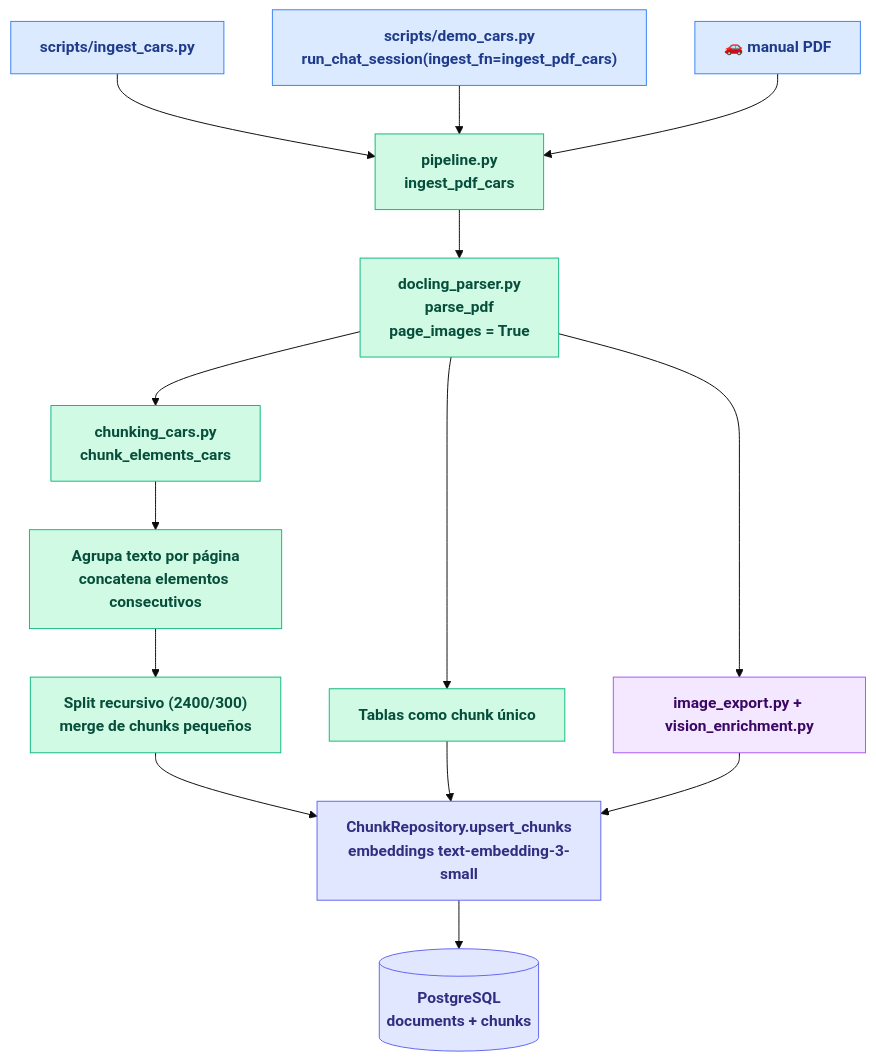
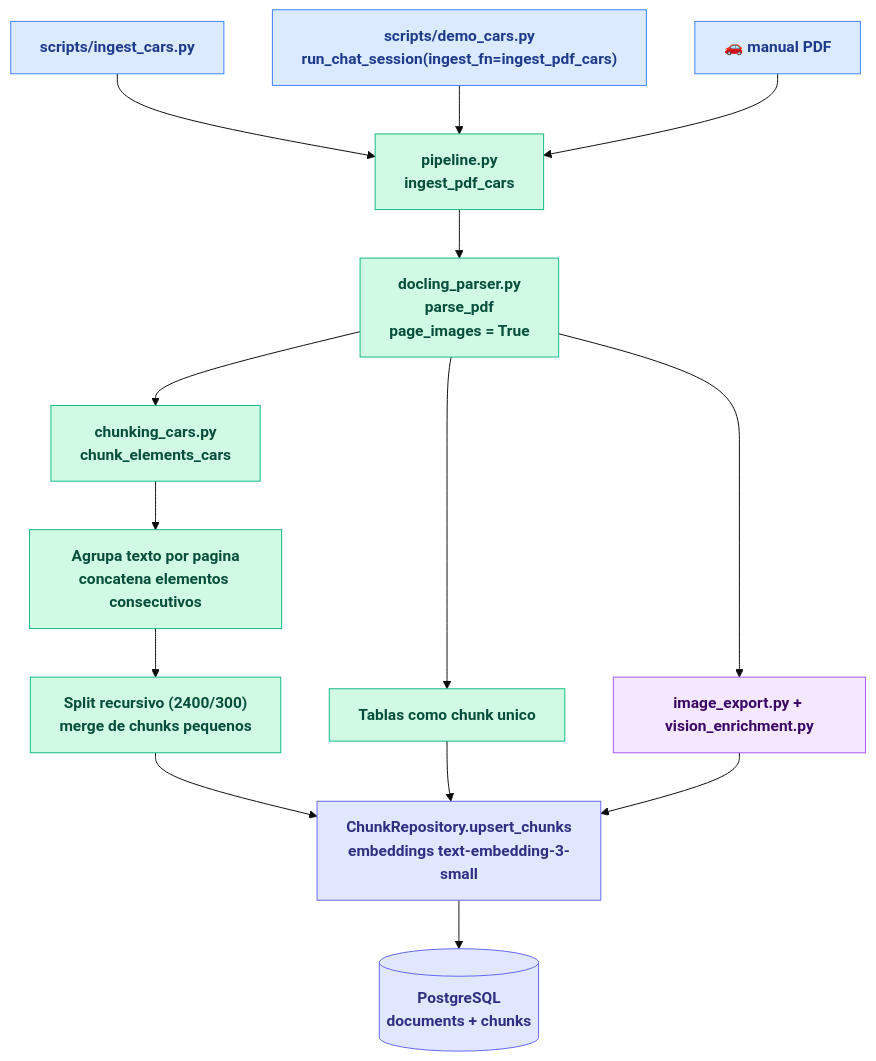
Before and after one commit to lambdaloopers/papers-and-car-manuals-rag: the third of 9 diagrams in ARCHITECTURE.md, drawn with Mermaid. The commit also changed other lines of this file and 2 other files, not shown here.

Commit message:
Refactor architecture documentation for clarity and consistency. Update section titles to English and enhance descriptions of ingestion and retrieval processes. Remove outdated groundedness evaluation documentation as it is no longer needed.

````diff
--- a/ARCHITECTURE.md
+++ b/ARCHITECTURE.md
@@ -138,25 +122,25 @@
 ```mermaid
 %%{init: {'theme': 'base', 'securityLevel': 'loose', 'flowchart': {'htmlLabels': true}}}%%
 flowchart TD
     classDef io      fill:#DBEAFE,stroke:#3B82F6,color:#1E3A8A,font-weight:bold
     classDef ingest  fill:#D1FAE5,stroke:#10B981,color:#064E3B,font-weight:bold
     classDef vision  fill:#F3E8FF,stroke:#A855F7,color:#3B0764,font-weight:bold
     classDef storage fill:#E0E7FF,stroke:#6366F1,color:#312E81,font-weight:bold
 
     ENTRY_A["scripts/ingest_cars.py"]:::io --> PIPE["pipeline.py<br/>ingest_pdf_cars"]:::ingest
     ENTRY_B["scripts/demo_cars.py<br/>run_chat_session(ingest_fn=ingest_pdf_cars)"]:::io --> PIPE
     PDF["🚗 manual PDF"]:::io --> PIPE
 
     PIPE --> PARSER["docling_parser.py<br/>parse_pdf<br/>page_images = True"]:::ingest
     PARSER --> CARS_CHUNK["chunking_cars.py<br/>chunk_elements_cars"]:::ingest
 
-    CARS_CHUNK --> GROUP["Agrupa texto por página<br/>concatena elementos consecutivos"]:::ingest
-    GROUP --> SPLIT["Split recursivo (2400/300)<br/>merge de chunks pequeños"]:::ingest
-    PARSER --> TABLES["Tablas como chunk único"]:::ingest
+    CARS_CHUNK --> GROUP["Agrupa texto por pagina<br/>concatena elementos consecutivos"]:::ingest
+    GROUP --> SPLIT["Split recursivo (2400/300)<br/>merge de chunks pequenos"]:::ingest
+    PARSER --> TABLES["Tablas como chunk unico"]:::ingest
 
     SPLIT --> REPO["ChunkRepository.upsert_chunks<br/>embeddings text-embedding-3-small"]:::storage
     TABLES --> REPO
     PARSER --> EXPORT["image_export.py + vision_enrichment.py"]:::vision
     EXPORT --> REPO
     REPO --> DB[("PostgreSQL<br/>documents + chunks")]:::storage
 ```
````
